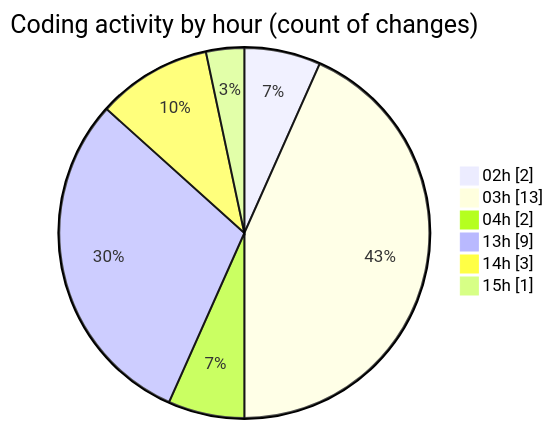
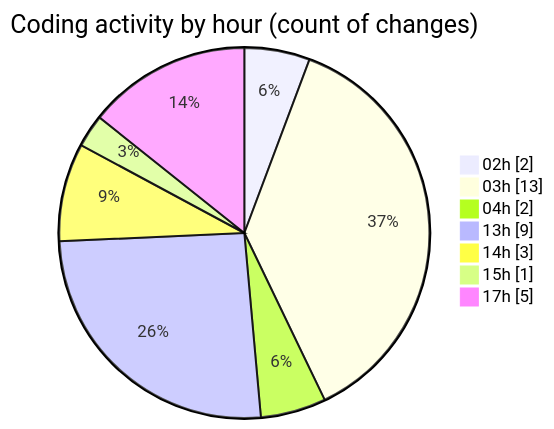
One commit to julien-gomy/code-tracking changed the second of 2 diagrams in 2025-11-28/eventscop-frontend-guide__workspace_/README.md. Above: the diagram before and after it, drawn with Mermaid. The commit also changed other lines of this file and 1 other file, not shown here.

````diff
--- a/2025-11-28/eventscop-frontend-guide__workspace_/README.md
+++ b/2025-11-28/eventscop-frontend-guide__workspace_/README.md
@@ -39,10 +39,11 @@
 ```mermaid
 pie showData
 title Coding activity by hour (count of changes)
 "02h" : 2
 "03h" : 13
 "04h" : 2
 "13h" : 9
 "14h" : 3
 "15h" : 1
+"17h" : 5
 ```
````
